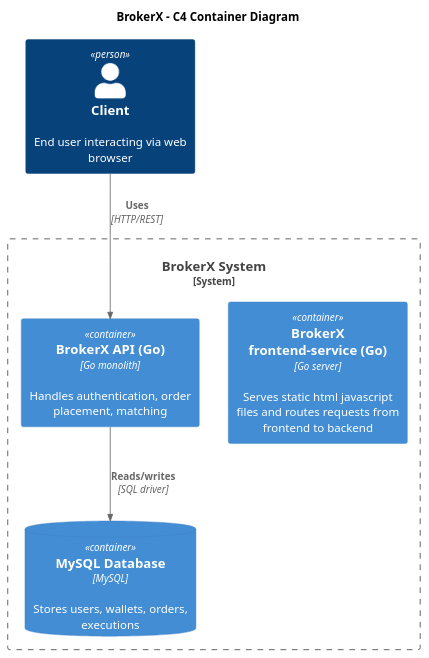
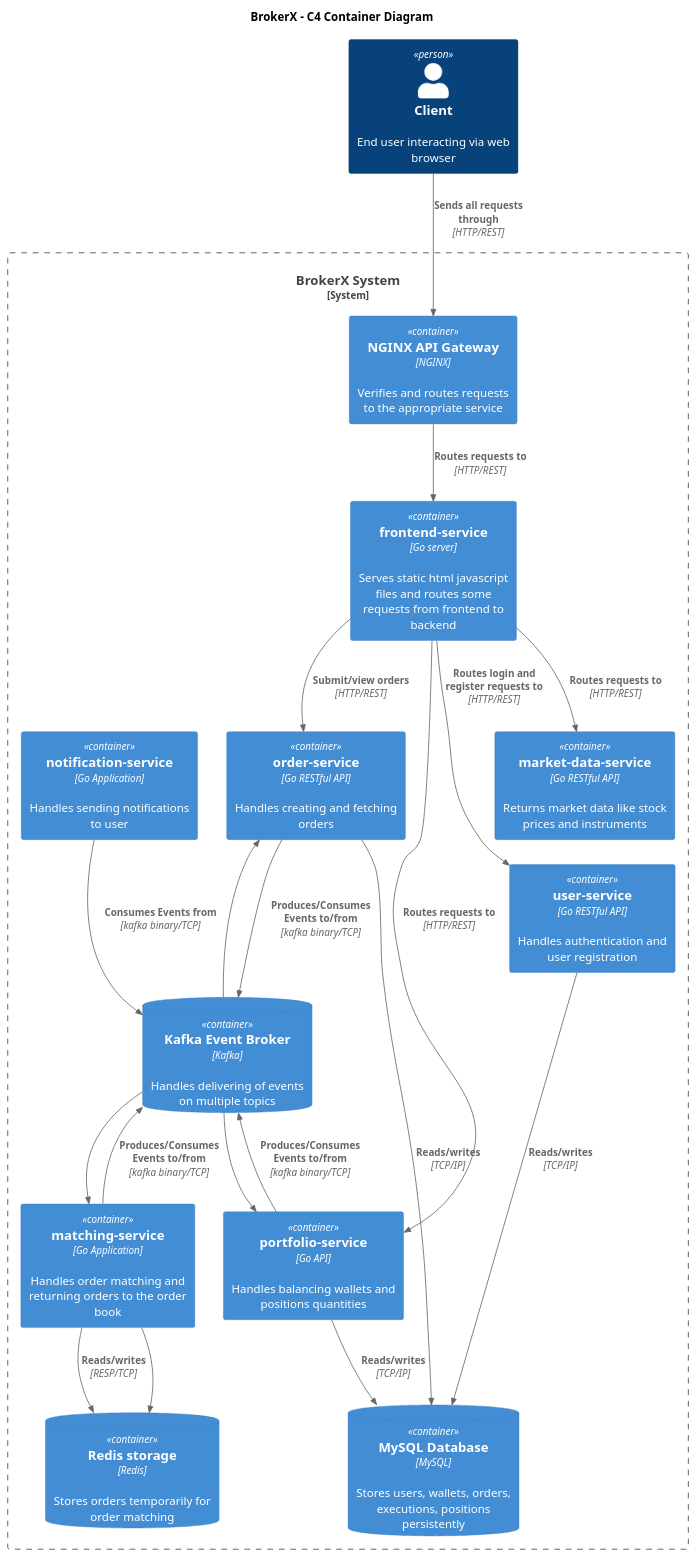
One commit to cjayneb/log430-project changed the diagram in docs/c4_level1.puml. Above: the diagram before and after it, drawn with PlantUML. The commit also changed 46 other files, not shown here.

```diff
--- a/docs/c4_level1.puml
+++ b/docs/c4_level1.puml
@@ -1,23 +1,43 @@
 @startuml C4 Level 1
 !include https://raw.githubusercontent.com/plantuml-stdlib/C4-PlantUML/master/C4_Container.puml
 
 title BrokerX - C4 Container Diagram
 
 Person(client, "Client", "End user interacting via web browser")
 
 System_Boundary(bx, "BrokerX System") {
-  Container(fontend, "BrokerX frontend-service (Go)", "Go server", "Serves static html javascript files and routes requests from frontend to backend")
-  Container(api, "BrokerX API (Go)", "Go monolith", "Handles authentication, order placement, matching")
-  Container(api, "BrokerX API (Go)", "Go monolith", "Handles authentication, order placement, matching")
-  Container(api, "BrokerX API (Go)", "Go monolith", "Handles authentication, order placement, matching")
-  Container(api, "BrokerX API (Go)", "Go monolith", "Handles authentication, order placement, matching")
-  Container(api, "BrokerX API (Go)", "Go monolith", "Handles authentication, order placement, matching")
-  Container(api, "BrokerX API (Go)", "Go monolith", "Handles authentication, order placement, matching")
-  ContainerDb(db, "MySQL Database", "MySQL", "Stores users, wallets, orders, executions")
+  Container(nginx, "NGINX API Gateway", "NGINX", "Verifies and routes requests to the appropriate service")
+  Container(frontend, "frontend-service", "Go server", "Serves static html javascript files and routes some requests from frontend to backend")
+  Container(order, "order-service", "Go RESTful API", "Handles creating and fetching orders")
+  Container(user, "user-service", "Go RESTful API", "Handles authentication and user registration")
+  Container(portfolio, "portfolio-service", "Go API", "Handles balancing wallets and positions quantities")
+  Container(market, "market-data-service", "Go RESTful API", "Returns market data like stock prices and instruments")
+  Container(matching, "matching-service", "Go Application", "Handles order matching and returning orders to the order book")
+  Container(notification, "notification-service", "Go Application", "Handles sending notifications to user")
+  Container(matching, "matching-service", "Go Application", "Handles order matching and returning orders to the order book")
+  ContainerDb(kafka, "Kafka Event Broker", "Kafka", "Handles delivering of events on multiple topics")
+  ContainerDb(redis, "Redis storage", "Redis", "Stores orders temporarily for order matching")
+  ContainerDb(db, "MySQL Database", "MySQL", "Stores users, wallets, orders, executions, positions persistently")
 }
 
-Rel(client, api, "Uses", "HTTP/REST")
-Rel(api, db, "Reads/writes", "SQL driver")
+Rel(client, nginx, "Sends all requests through", "HTTP/REST")
+Rel(nginx, frontend, "Routes requests to", "HTTP/REST")
+Rel(frontend, portfolio, "Routes requests to", "HTTP/REST")
+Rel(frontend, market, "Routes requests to", "HTTP/REST")
+Rel(frontend, order, "Submit/view orders", "HTTP/REST")
+Rel(frontend, user, "Routes login and register requests to", "HTTP/REST")
+Rel(matching, redis, "Reads/writes", "RESP/TCP")
+Rel(matching, redis, "")
+Rel(user, db, "Reads/writes", "TCP/IP")
+Rel(order, db, "Reads/writes", "TCP/IP")
+Rel(portfolio, db, "Reads/writes", "TCP/IP")
+Rel(portfolio, kafka, "Produces/Consumes Events to/from", "kafka binary/TCP")
+Rel(kafka, portfolio, "")
+Rel(matching, kafka, "Produces/Consumes Events to/from", "kafka binary/TCP")
+Rel(kafka, matching, "")
+Rel(order, kafka, "Produces/Consumes Events to/from", "kafka binary/TCP")
+Rel(kafka, order, "")
+Rel(notification, kafka, "Consumes Events from", "kafka binary/TCP")
 
 
 @enduml
```
